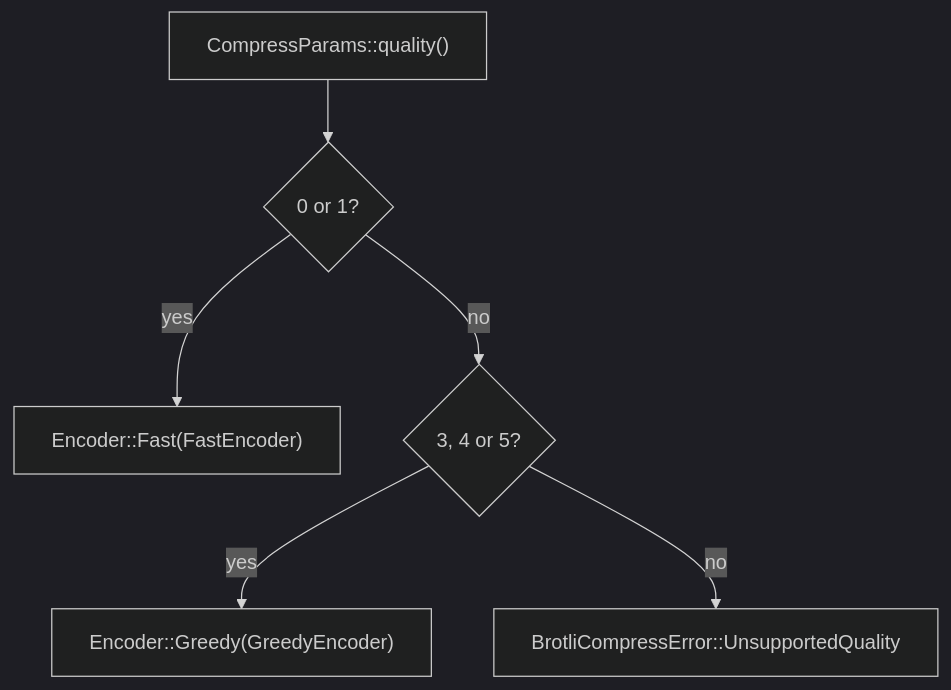
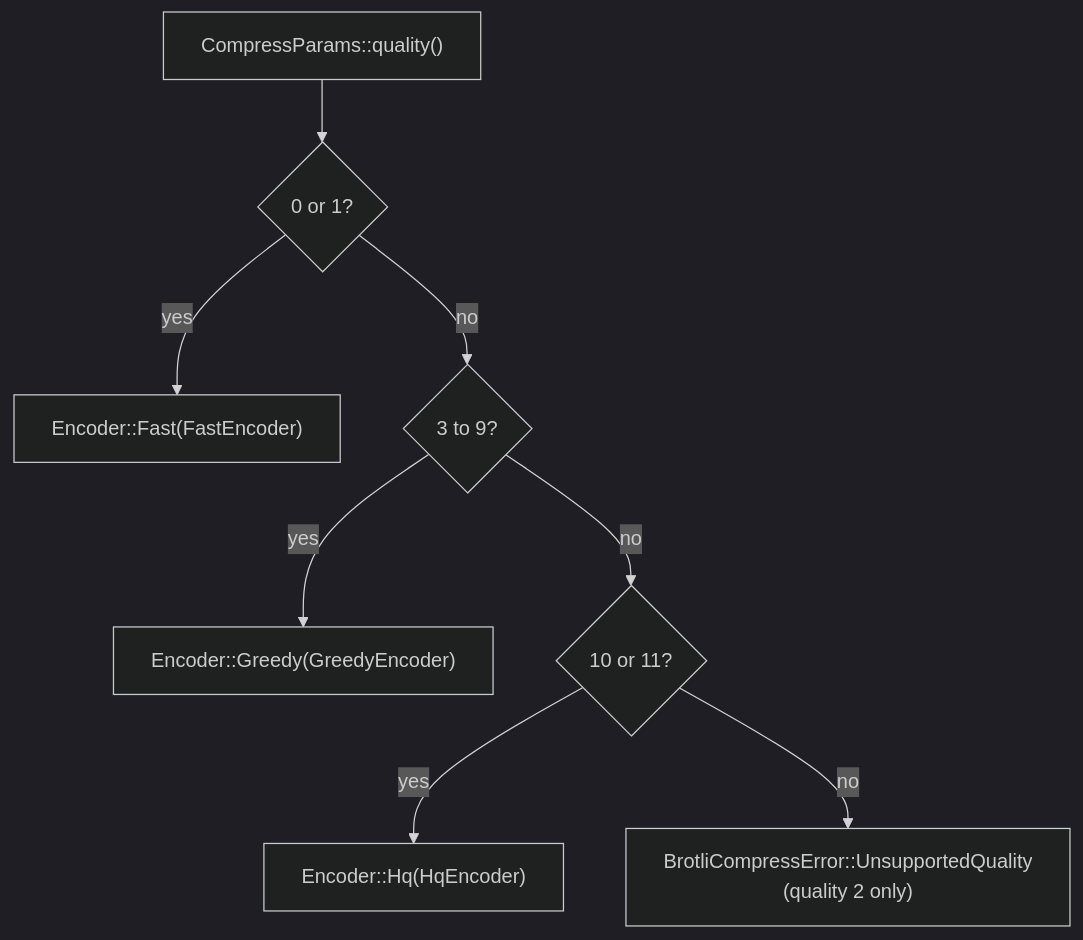
Before and after one commit to Mnwa/mbrotli: the third of 8 diagrams in architecture/compressor.md, drawn with Mermaid (dark theme). The commit also changed other lines of this file and 107 other files, not shown here.

````diff
--- a/architecture/compressor.md
+++ b/architecture/compressor.md
@@ -174,8 +188,10 @@
 ```mermaid
 flowchart TD
     q["CompressParams::quality()"] --> fast{"0 or 1?"}
     fast -->|yes| f["Encoder::Fast(FastEncoder)"]
-    fast -->|no| greedy{"3, 4 or 5?"}
+    fast -->|no| greedy{"3 to 9?"}
     greedy -->|yes| g["Encoder::Greedy(GreedyEncoder)"]
-    greedy -->|no| err["BrotliCompressError::UnsupportedQuality"]
+    greedy -->|no| hq{"10 or 11?"}
+    hq -->|yes| h["Encoder::Hq(HqEncoder)"]
+    hq -->|no| err["BrotliCompressError::UnsupportedQuality<br/>(quality 2 only)"]
 ```
````
